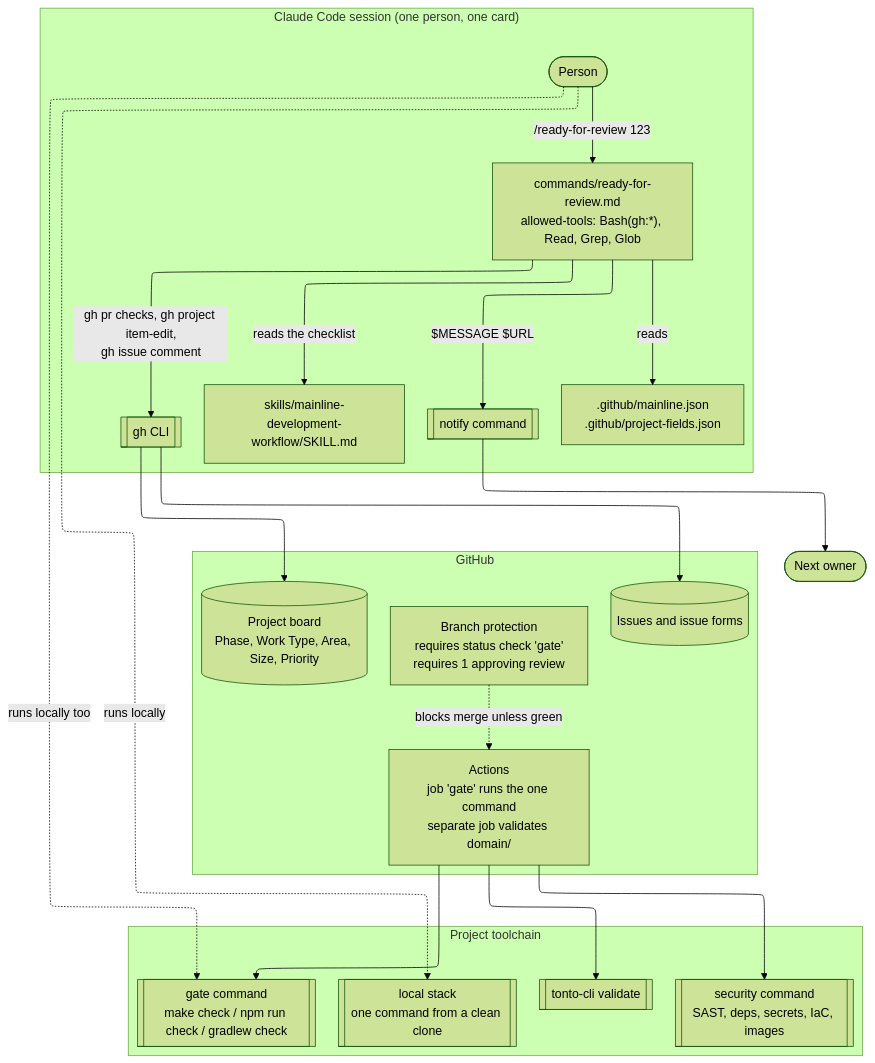
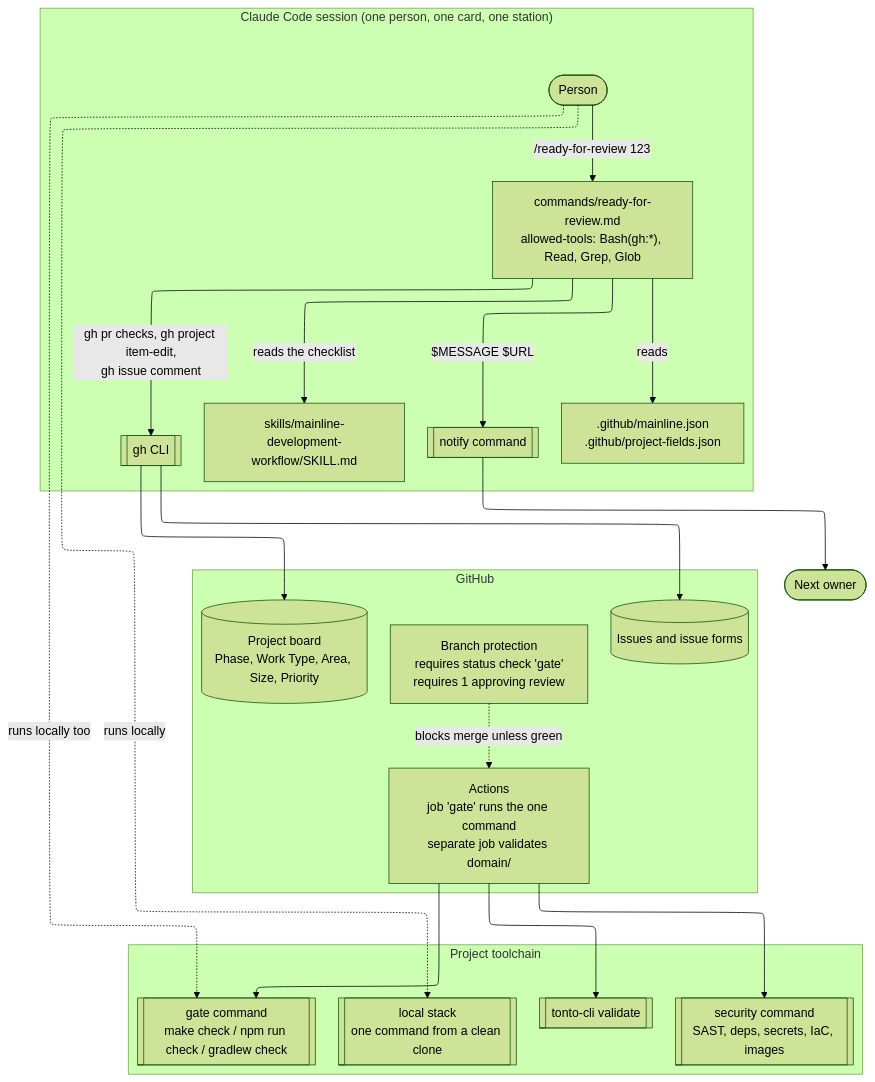
Before and after one commit to SpryElephant/mainline: the first of 2 diagrams in ARCHITECTURE.md, drawn with Mermaid (forest theme). The commit also changed other lines of this file and 17 other files, not shown here.

First line of the commit message:
Add the station-boundary rule to stop one-session runs

````diff
--- a/ARCHITECTURE.md
+++ b/ARCHITECTURE.md
@@ -25,35 +25,35 @@
 ```mermaid
 ---
 config:
   layout: elk
 ---
 flowchart TB
-  subgraph session["Claude Code session (one person, one card)"]
+  subgraph session["Claude Code session (one person, one card, one station)"]
     person([Person]) -- "/ready-for-review 123" --> cmd["commands/ready-for-review.md<br/>allowed-tools: Bash(gh:*), Read, Grep, Glob"]
     cmd -- reads the checklist --> skill["skills/mainline-development-workflow/SKILL.md"]
     cmd -- reads --> cfg[".github/mainline.json<br/>.github/project-fields.json"]
     cmd -- "gh pr checks, gh project item-edit,<br/>gh issue comment" --> gh[["gh CLI"]]
     cmd -- "$MESSAGE $URL" --> notify[["notify command"]]
   end
   subgraph github["GitHub"]
     board[("Project board<br/>Phase, Work Type, Area, Size, Priority")]
     issues[("Issues and issue forms")]
     prot["Branch protection<br/>requires status check 'gate'<br/>requires 1 approving review"]
     actions["Actions<br/>job 'gate' runs the one command<br/>separate job validates domain/"]
   end
   subgraph toolchain["Project toolchain"]
     gate[["gate command<br/>make check / npm run check / gradlew check"]]
     stack[["local stack<br/>one command from a clean clone"]]
     tonto[["tonto-cli validate"]]
     sec[["security command<br/>SAST, deps, secrets, IaC, images"]]
   end
   gh --> board
   gh --> issues
   notify --> next([Next owner])
   actions --> gate
   actions --> tonto
   actions --> sec
   prot -. blocks merge unless green .-> actions
   person -. runs locally too .-> gate
   person -. runs locally .-> stack
 ```
````
